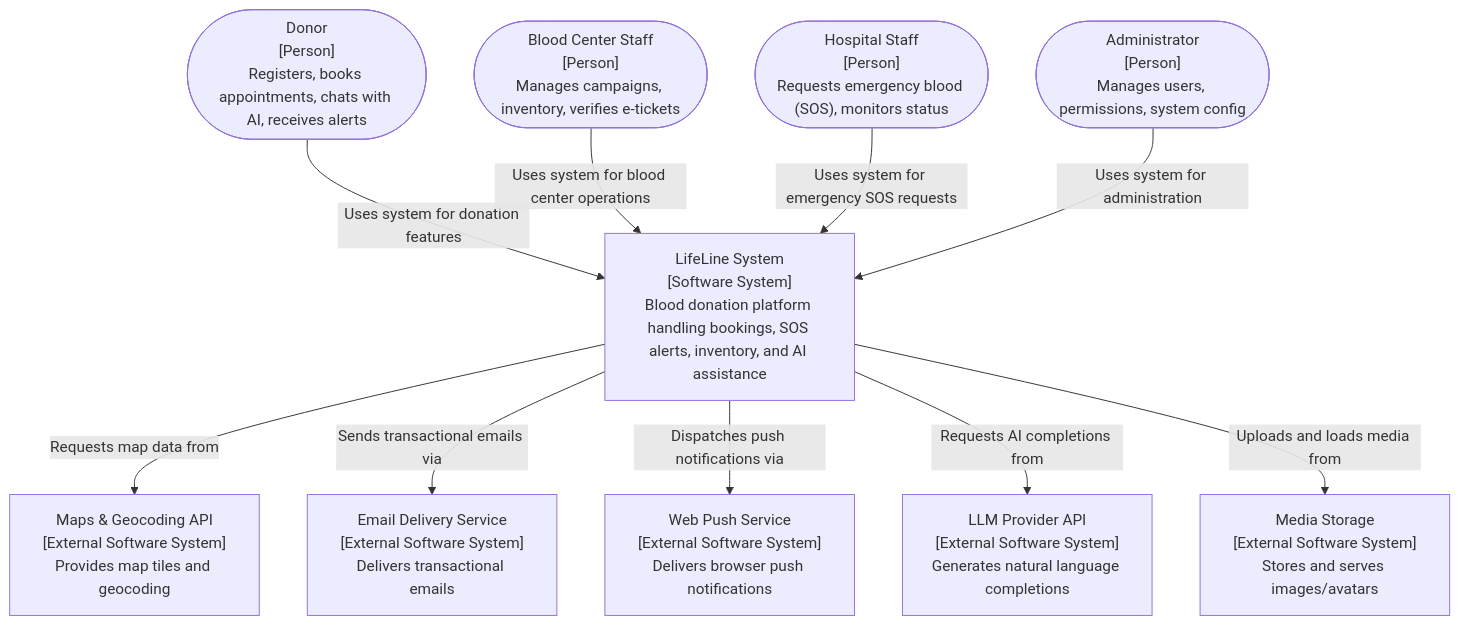
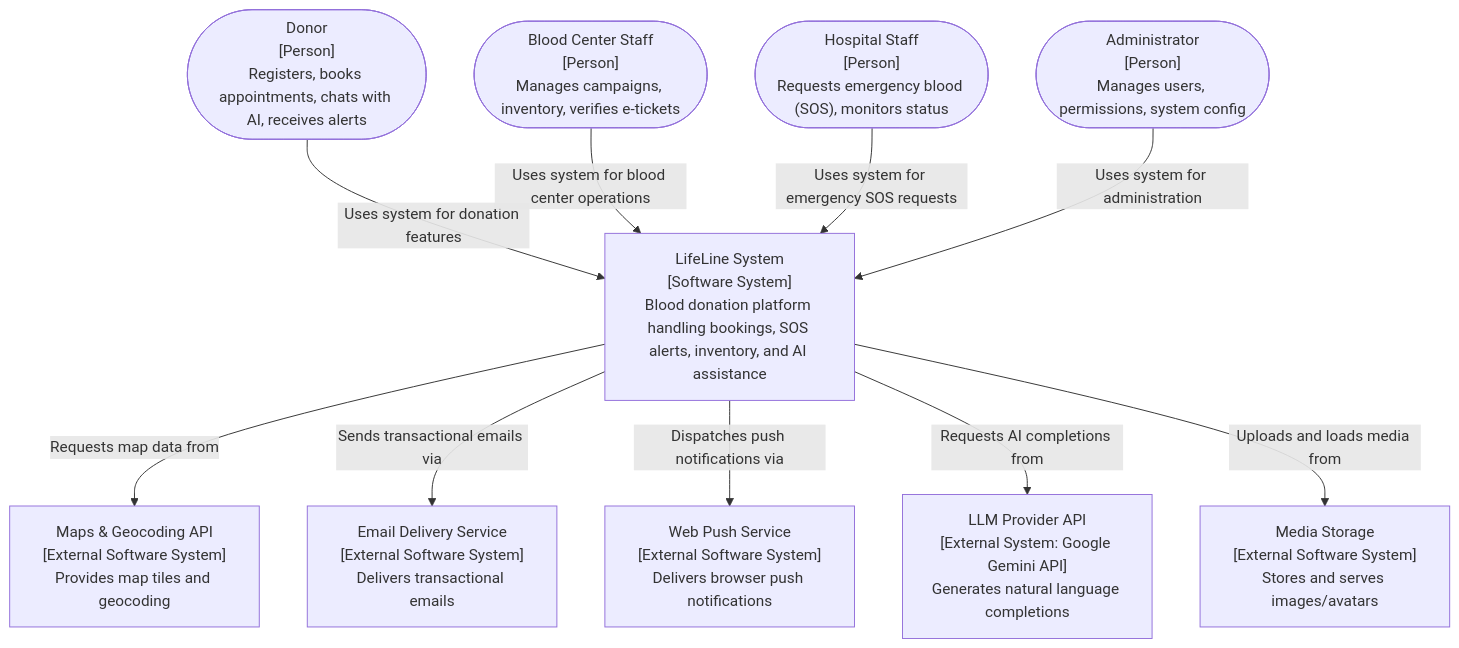
One commit to takiet2410-hub/SE-LifeLine-Project changed the first of 7 diagrams in src/StakeholderDocuments/SoftwareArchitecture.md. Above: the diagram before and after it, drawn with Mermaid. The commit also changed other lines of this file, not shown here.

Commit message:
Update Software Architecture markdown file

````diff
--- a/src/StakeholderDocuments/SoftwareArchitecture.md
+++ b/src/StakeholderDocuments/SoftwareArchitecture.md
@@ -61,26 +63,26 @@
 ```mermaid
 graph TB
     Donor(["Donor<br/>[Person]<br/>Registers, books appointments, chats with AI, receives alerts"])
     BCS(["Blood Center Staff<br/>[Person]<br/>Manages campaigns, inventory, verifies e-tickets"])
     HS(["Hospital Staff<br/>[Person]<br/>Requests emergency blood (SOS), monitors status"])
     Admin(["Administrator<br/>[Person]<br/>Manages users, permissions, system config"])
 
     LifeLine["LifeLine System<br/>[Software System]<br/>Blood donation platform handling bookings, SOS alerts, inventory, and AI assistance"]
 
     Maps["Maps & Geocoding API<br/>[External Software System]<br/>Provides map tiles and geocoding"]
     Email["Email Delivery Service<br/>[External Software System]<br/>Delivers transactional emails"]
     Push["Web Push Service<br/>[External Software System]<br/>Delivers browser push notifications"]
-    LLM["LLM Provider API<br/>[External Software System]<br/>Generates natural language completions"]
+    LLM["LLM Provider API<br/>[External System: Google Gemini API]<br/>Generates natural language completions"]
     Media["Media Storage<br/>[External Software System]<br/>Stores and serves images/avatars"]
 
     Donor -->|"Uses system for donation features"| LifeLine
     BCS -->|"Uses system for blood center operations"| LifeLine
     HS -->|"Uses system for emergency SOS requests"| LifeLine
     Admin -->|"Uses system for administration"| LifeLine
 
     LifeLine -->|"Requests map data from"| Maps
     LifeLine -->|"Sends transactional emails via"| Email
     LifeLine -->|"Dispatches push notifications via"| Push
     LifeLine -->|"Requests AI completions from"| LLM
     LifeLine -->|"Uploads and loads media from"| Media
 ```
````
